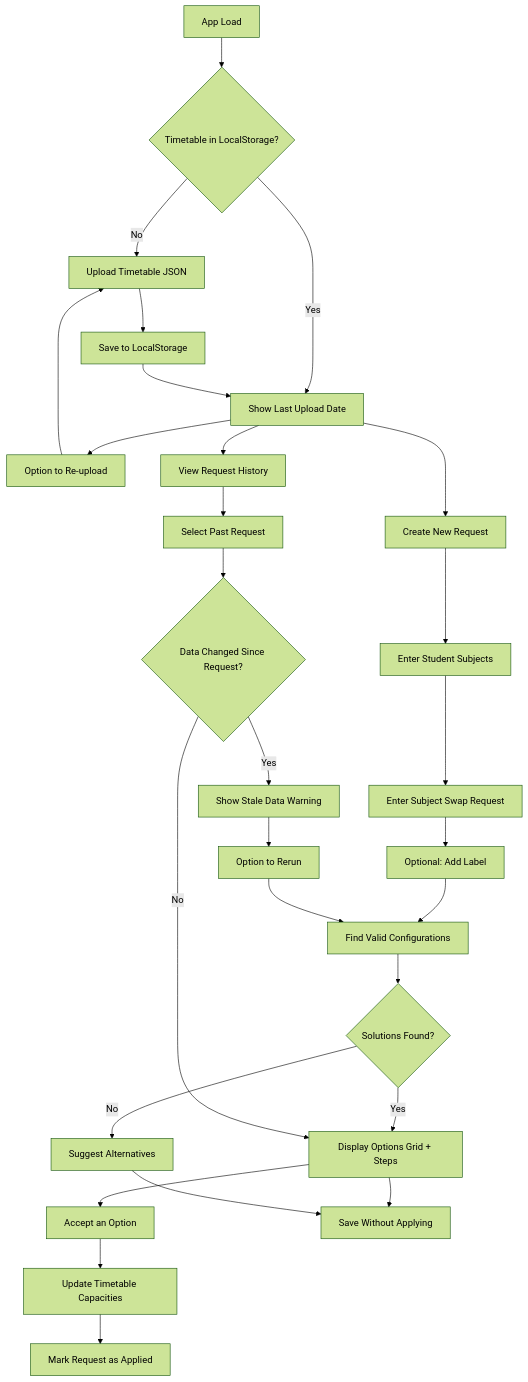
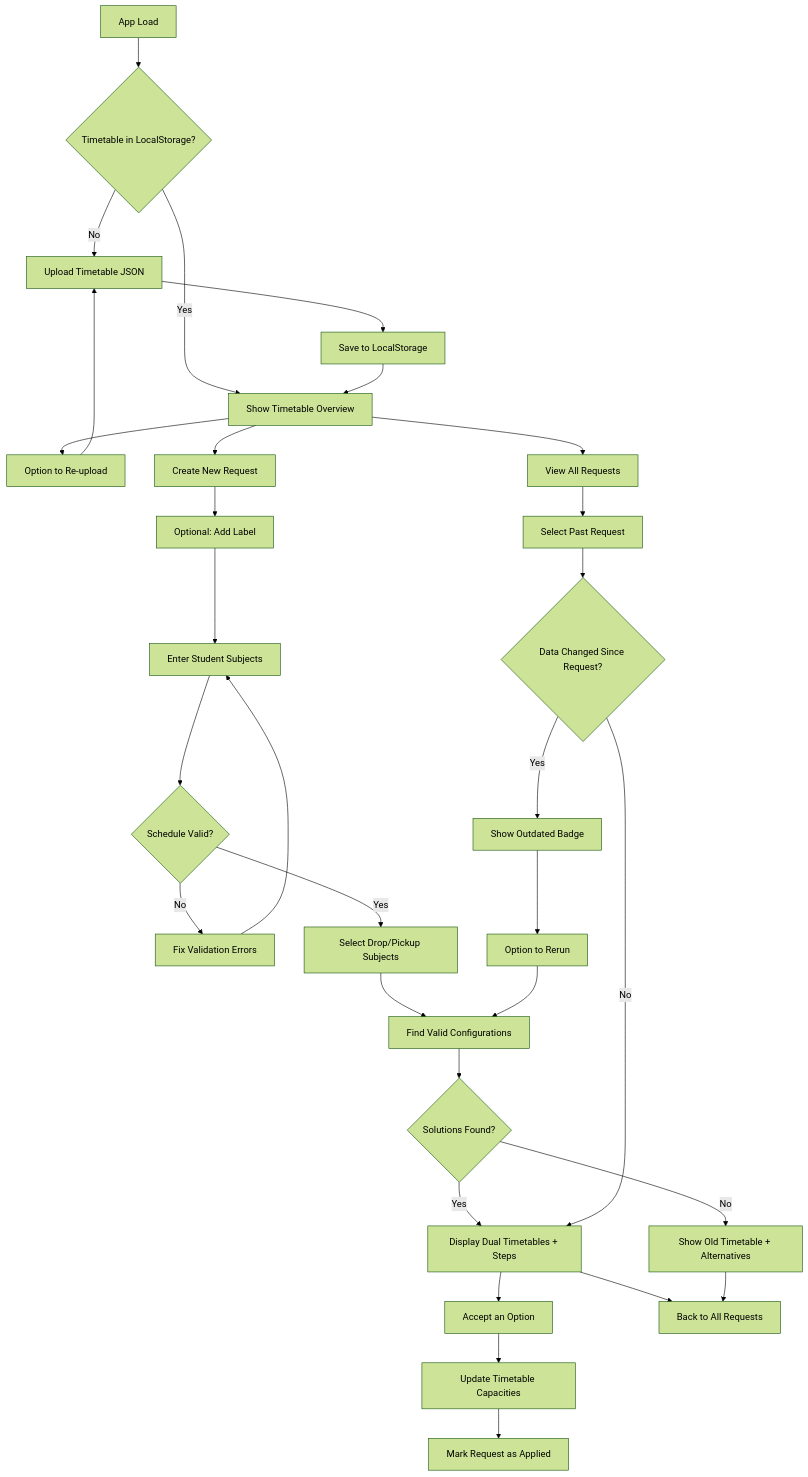
One commit to viv-li/griddle-me-this changed the diagram in spec.md. Above: the diagram before and after it, drawn with Mermaid (forest theme). The commit also changed other lines of this file and 7 other files, not shown here.

First line of the commit message:
Fix clone request bug, add duplicate subject validation, update docs

````diff
--- a/spec.md
+++ b/spec.md
@@ -43,30 +43,33 @@
 ```mermaid
 flowchart TD
     Start[App Load] --> CheckData{Timetable in LocalStorage?}
     CheckData -->|No| Upload[Upload Timetable JSON]
-    CheckData -->|Yes| ShowTimestamp[Show Last Upload Date]
+    CheckData -->|Yes| ShowOverview[Show Timetable Overview]
     Upload --> SaveData[Save to LocalStorage]
-    SaveData --> ShowTimestamp
-    ShowTimestamp --> ReUpload[Option to Re-upload]
+    SaveData --> ShowOverview
+    ShowOverview --> ReUpload[Option to Re-upload]
     ReUpload --> Upload
-    ShowTimestamp --> ViewHistory[View Request History]
-    ShowTimestamp --> NewRequest[Create New Request]
-    NewRequest --> EnterStudent[Enter Student Subjects]
-    EnterStudent --> EnterChange[Enter Subject Swap Request]
-    EnterChange --> AddLabel[Optional: Add Label]
-    AddLabel --> RunAlgorithm[Find Valid Configurations]
+    ShowOverview --> ViewHistory[View All Requests]
+    ShowOverview --> NewRequest[Create New Request]
+    NewRequest --> EnterLabel[Optional: Add Label]
+    EnterLabel --> EnterStudent[Enter Student Subjects]
+    EnterStudent --> ValidateSchedule{Schedule Valid?}
+    ValidateSchedule -->|No| FixErrors[Fix Validation Errors]
+    FixErrors --> EnterStudent
+    ValidateSchedule -->|Yes| EnterChange[Select Drop/Pickup Subjects]
+    EnterChange --> RunAlgorithm[Find Valid Configurations]
     RunAlgorithm --> HasSolution{Solutions Found?}
-    HasSolution -->|Yes| ShowResults[Display Options Grid + Steps]
-    HasSolution -->|No| ShowAlternatives[Suggest Alternatives]
+    HasSolution -->|Yes| ShowResults[Display Dual Timetables + Steps]
+    HasSolution -->|No| ShowAlternatives[Show Old Timetable + Alternatives]
     ShowResults --> AcceptOption[Accept an Option]
     AcceptOption --> UpdateStorage[Update Timetable Capacities]
     UpdateStorage --> MarkApplied[Mark Request as Applied]
-    ShowResults --> SaveForLater[Save Without Applying]
-    ShowAlternatives --> SaveForLater
+    ShowResults --> ViewAllRequests[Back to All Requests]
+    ShowAlternatives --> ViewAllRequests
     ViewHistory --> SelectRequest[Select Past Request]
     SelectRequest --> CheckStale{Data Changed Since Request?}
-    CheckStale -->|Yes| ShowWarning[Show Stale Data Warning]
-    ShowWarning --> RerunOption[Option to Rerun]
+    CheckStale -->|Yes| ShowOutdated[Show Outdated Badge]
+    ShowOutdated --> RerunOption[Option to Rerun]
     RerunOption --> RunAlgorithm
     CheckStale -->|No| ShowResults
 ```
````
